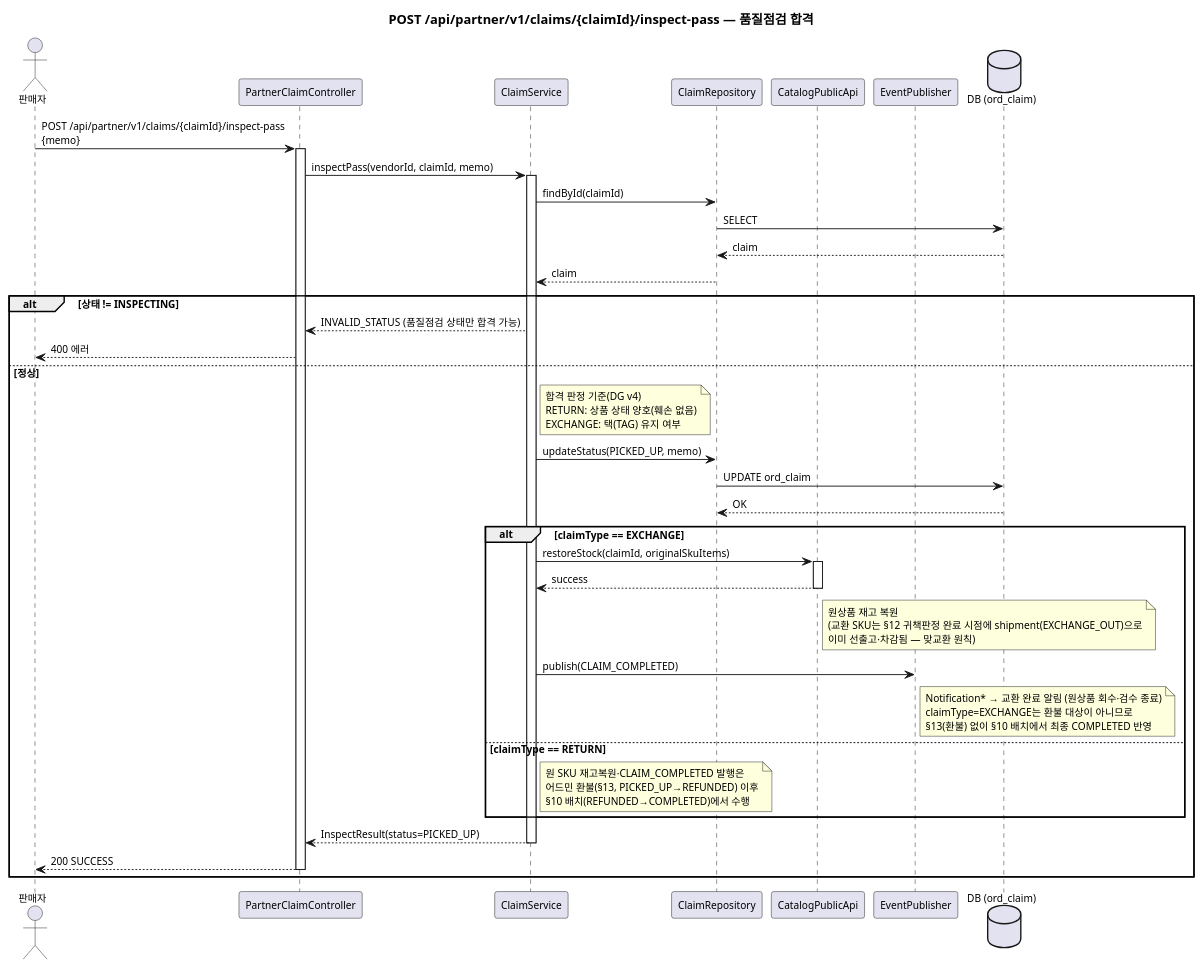
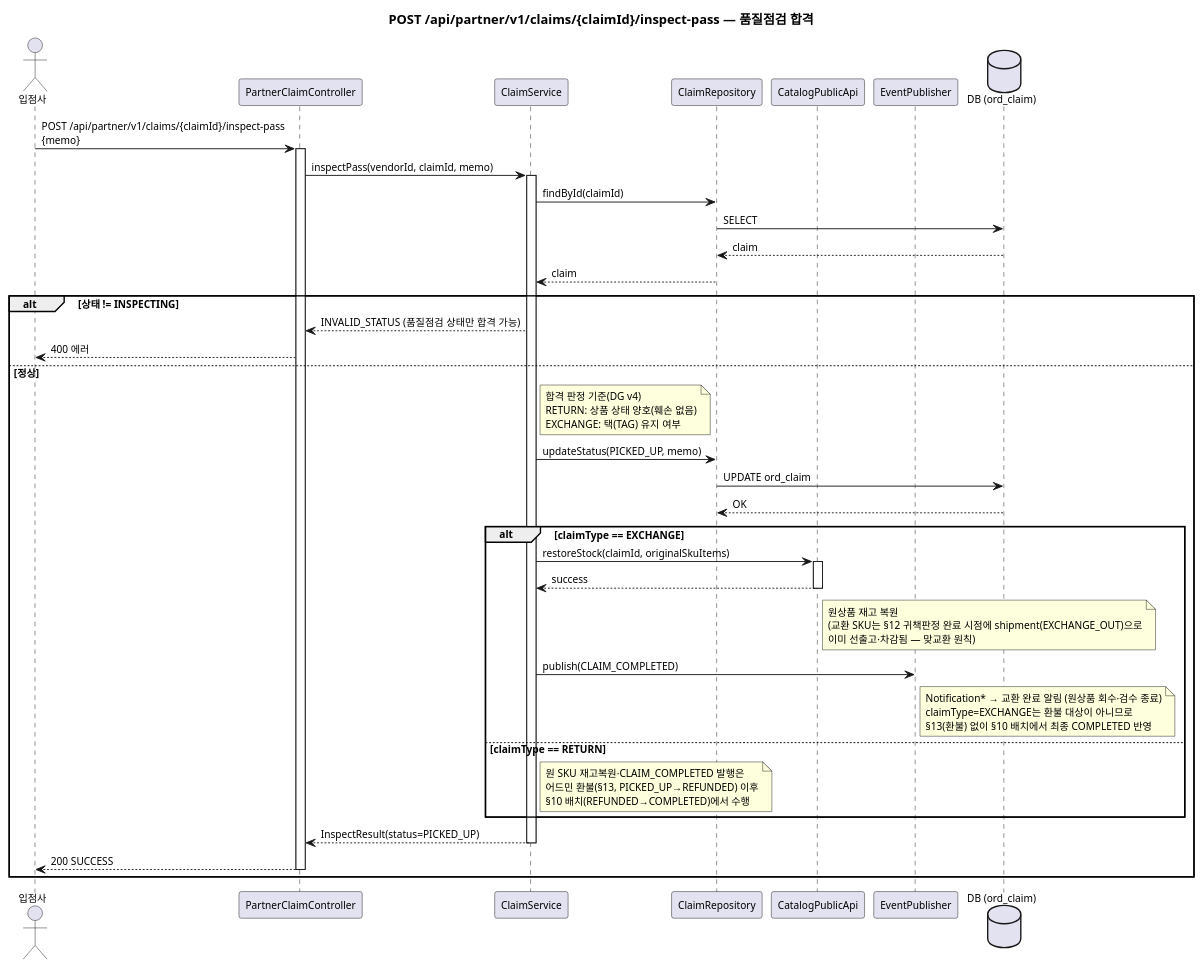
Before and after one commit to parknahyun/runNShop: diagram 17 of 26 in docs/자산화-단계별/S3-상세설계/DM-시퀀스(Order-Payment).md, drawn with PlantUML. The commit also changed other lines of this file and 2 other files, not shown here.

````diff
--- a/docs/자산화-단계별/S3-상세설계/DM-시퀀스(Order-Payment).md
+++ b/docs/자산화-단계별/S3-상세설계/DM-시퀀스(Order-Payment).md
@@ -927,64 +957,64 @@
 ```plantuml
 @startuml
 skinparam backgroundColor transparent
 skinparam defaultFontSize 11
 title POST /api/partner/v1/claims/{claimId}/inspect-pass — 품질점검 합격
 
-actor 판매자 as Partner
+actor 입점사 as Partner
 participant "PartnerClaimController" as PCC
 participant "ClaimService" as CS
 participant "ClaimRepository" as CR
 participant "CatalogPublicApi" as CAT
 participant "EventPublisher" as EP
 database "DB (ord_claim)" as DB
 
 Partner -> PCC : POST /api/partner/v1/claims/{claimId}/inspect-pass\n{memo}
 activate PCC
 
 PCC -> CS : inspectPass(vendorId, claimId, memo)
 activate CS
 
 CS -> CR : findById(claimId)
 CR -> DB : SELECT
 DB --> CR : claim
 CR --> CS : claim
 
 alt 상태 != INSPECTING
   CS --> PCC : INVALID_STATUS (품질점검 상태만 합격 가능)
   PCC --> Partner : 400 에러
 else 정상
   note right of CS
     합격 판정 기준(DG v4)
     RETURN: 상품 상태 양호(훼손 없음)
     EXCHANGE: 택(TAG) 유지 여부
   end note
 
   CS -> CR : updateStatus(PICKED_UP, memo)
   CR -> DB : UPDATE ord_claim
   DB --> CR : OK
 
   alt claimType == EXCHANGE
     CS -> CAT : restoreStock(claimId, originalSkuItems)
     activate CAT
     CAT --> CS : success
     deactivate CAT
     note right of CAT: 원상품 재고 복원\n(교환 SKU는 §12 귀책판정 완료 시점에 shipment(EXCHANGE_OUT)으로\n이미 선출고·차감됨 — 맞교환 원칙)
 
     CS -> EP : publish(CLAIM_COMPLETED)
     note right of EP
       Notification* → 교환 완료 알림 (원상품 회수·검수 종료)
       claimType=EXCHANGE는 환불 대상이 아니므로
       §13(환불) 없이 §10 배치에서 최종 COMPLETED 반영
     end note
   else claimType == RETURN
     note right of CS: 원 SKU 재고복원·CLAIM_COMPLETED 발행은\n어드민 환불(§13, PICKED_UP→REFUNDED) 이후\n§10 배치(REFUNDED→COMPLETED)에서 수행
   end
 
   CS --> PCC : InspectResult(status=PICKED_UP)
   deactivate CS
   PCC --> Partner : 200 SUCCESS
   deactivate PCC
 end
 
 @enduml
 ```
````
